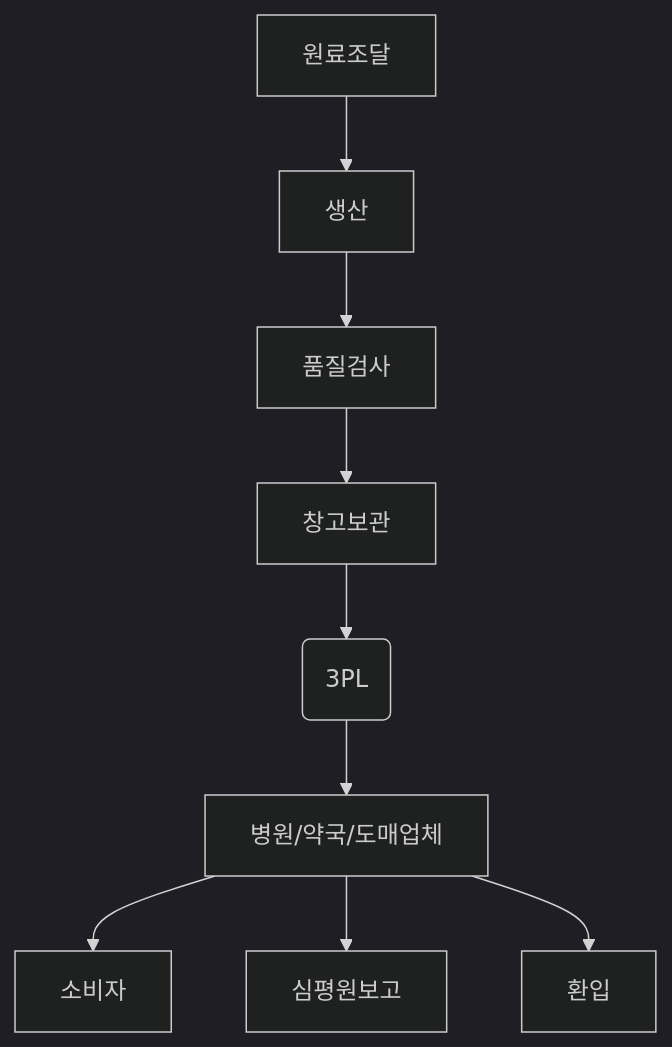
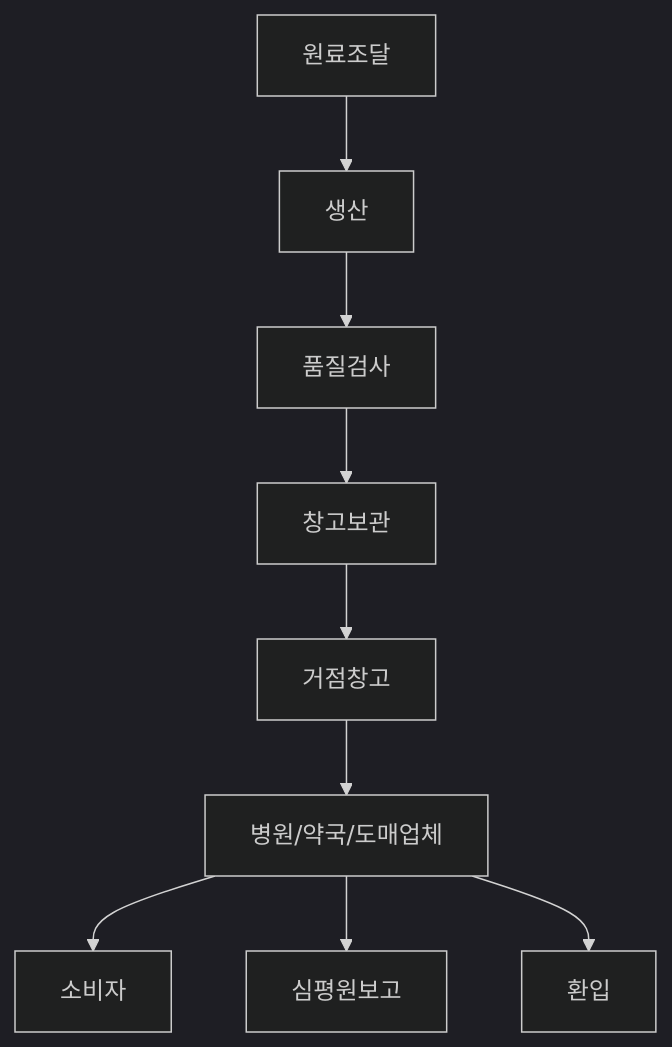
The second of 2 diagrams in _posts/pm/2025-02-23-BPR사례_제약물류통합(1).md (bhcha/bhcha.github.io), drawn with Mermaid (dark theme) before and after one commit. The commit also changed other lines of this file and 1 other file, not shown here.

````diff
--- a/_posts/pm/2025-02-23-BPR사례_제약물류통합(1).md
+++ b/_posts/pm/2025-02-23-BPR사례_제약물류통합(1).md
@@ -55,12 +57,12 @@
-~~~mermaid
+```mermaid
 graph TD;
     원료조달 --> 생산;
     생산 --> 품질검사;
     품질검사 --> 창고보관;
-    창고보관 --> 거점창고(3PL);
-    거점창고(3PL) --> 병원/약국/도매업체;
+    창고보관 --> 거점창고;
+    거점창고 --> 병원/약국/도매업체;
     병원/약국/도매업체 --> 소비자;
     소비자;
     병원/약국/도매업체 --> 심평원보고;
     병원/약국/도매업체 --> 환입;
-~~~
+```
````
